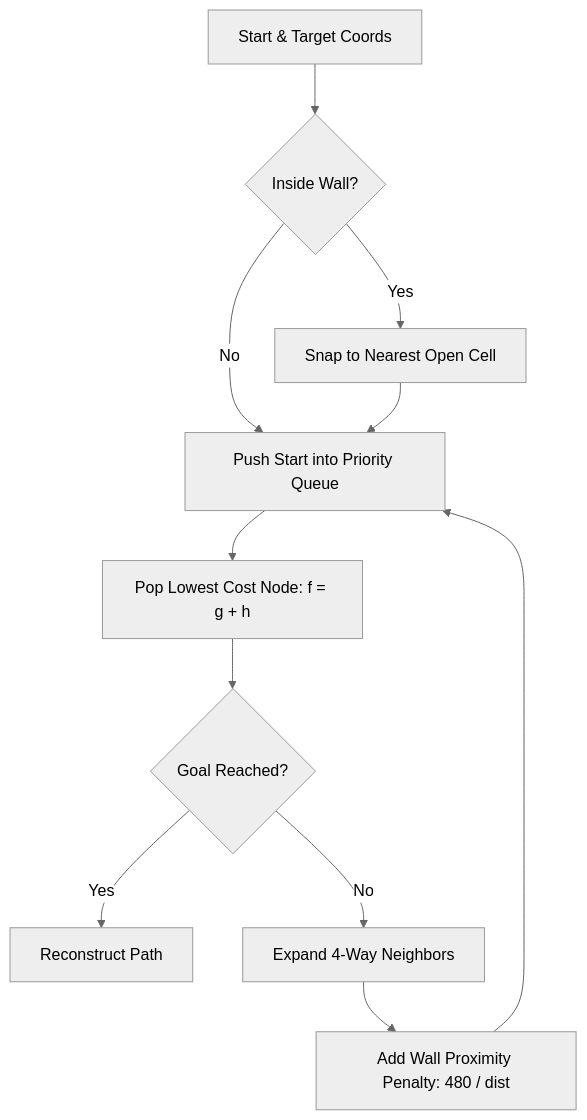
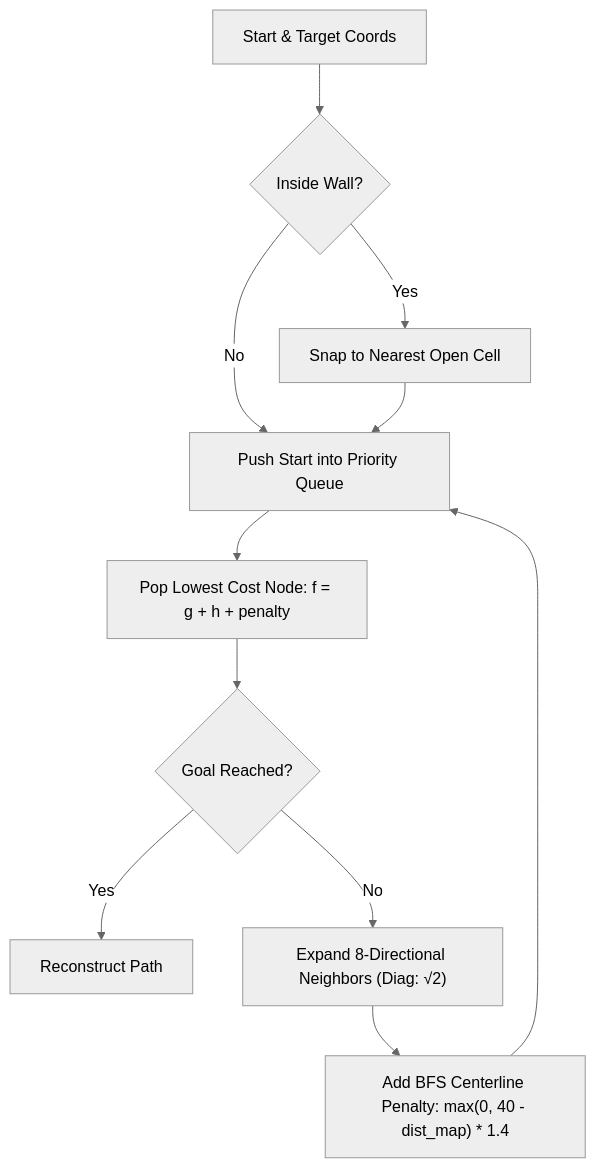
The third of 7 diagrams in README.md (kailash6207/drone-autopilot), drawn with Mermaid (neutral theme) before and after one commit. The commit also changed other lines of this file, not shown here.

````diff
--- a/README.md
+++ b/README.md
@@ -93,13 +95,13 @@
 ```mermaid
 flowchart TD
     A["Start & Target Coords"] --> B{"Inside Wall?"}
     B -- Yes --> C["Snap to Nearest Open Cell"]
     B -- No --> D["Push Start into Priority Queue"]
     C --> D
-    D --> E["Pop Lowest Cost Node: f = g + h"]
+    D --> E["Pop Lowest Cost Node: f = g + h + penalty"]
     E --> F{"Goal Reached?"}
     F -- Yes --> G["Reconstruct Path"]
-    F -- No --> H["Expand 4-Way Neighbors"]
-    H --> I["Add Wall Proximity Penalty: 480 / dist"]
+    F -- No --> H["Expand 8-Directional Neighbors (Diag: √2)"]
+    H --> I["Add BFS Centerline Penalty: max(0, 40 - dist_map) * 1.4"]
     I --> D
 ```
````
